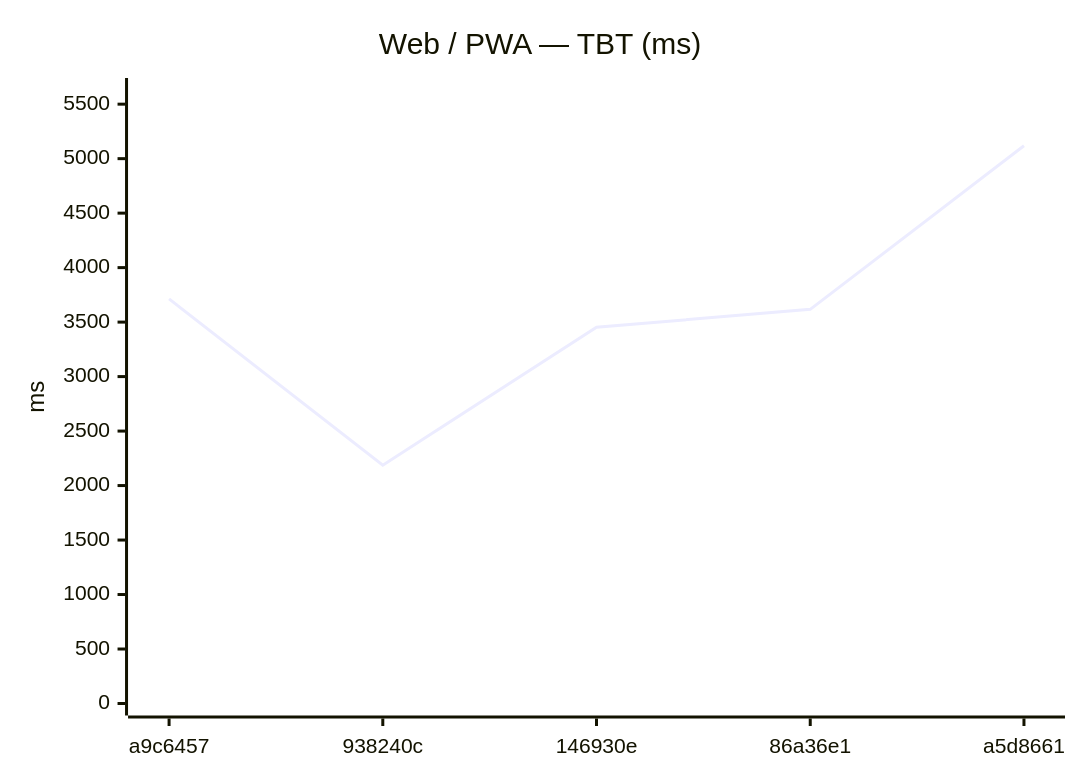
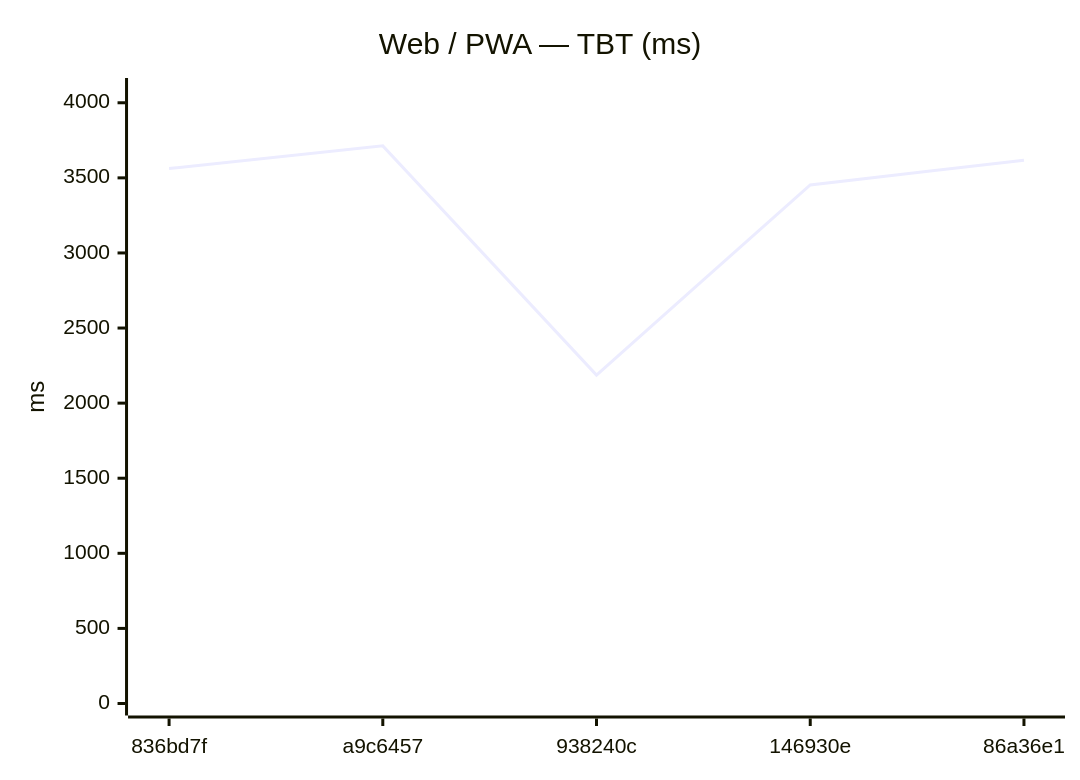
The sixth of 12 diagrams in benchmarks/compare.md (Metaheurist/Rianell), drawn with Mermaid before and after one commit. The commit also changed other lines of this file and 8 other files, not shown here.

````diff
--- a/benchmarks/compare.md
+++ b/benchmarks/compare.md
@@ -89,7 +89,7 @@
 ```mermaid
 xychart-beta
     title "Web / PWA — TBT (ms)"
-    x-axis ["a9c6457", "938240c", "146930e", "86a36e1", "a5d8661"]
-    y-axis "ms" 0 --> 5630
-    line [3713, 2187, 3453, 3617, 5118]
+    x-axis ["836bd7f", "a9c6457", "938240c", "146930e", "86a36e1"]
+    y-axis "ms" 0 --> 4085
+    line [3562, 3713, 2187, 3453, 3617]
 ```
````
